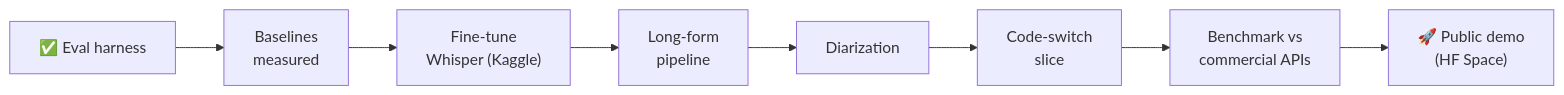
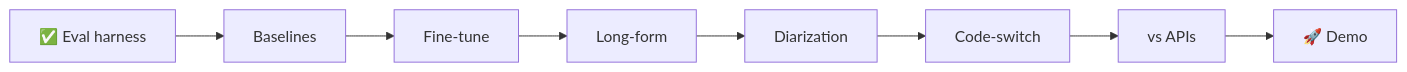
The third of 3 diagrams in README.md (urmeo/shono), drawn with Mermaid before and after one commit. The commit also changed other lines of this file and 18 other files, not shown here.

````diff
--- a/README.md
+++ b/README.md
@@ -118,5 +76,5 @@
 ```mermaid
 flowchart LR
-    M1["✅ Eval harness"] --> M2["Baselines<br/>measured"] --> M3["Fine-tune<br/>Whisper (Kaggle)"] --> M4["Long-form<br/>pipeline"]
-    M4 --> M5["Diarization"] --> M6["Code-switch<br/>slice"] --> M7["Benchmark vs<br/>commercial APIs"] --> M8["🚀 Public demo<br/>(HF Space)"]
+    M1["✅ Eval harness"] --> M2["Baselines"] --> M3["Fine-tune"] --> M4["Long-form"]
+    M4 --> M5["Diarization"] --> M6["Code-switch"] --> M7["vs APIs"] --> M8["🚀 Demo"]
 ```
````
